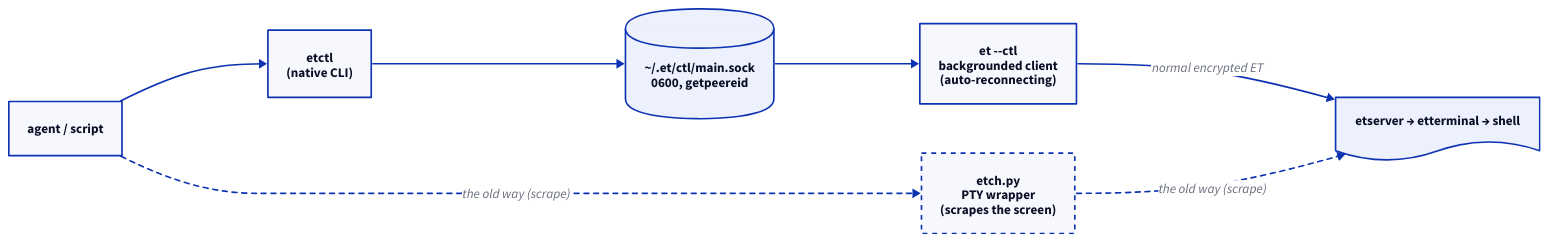
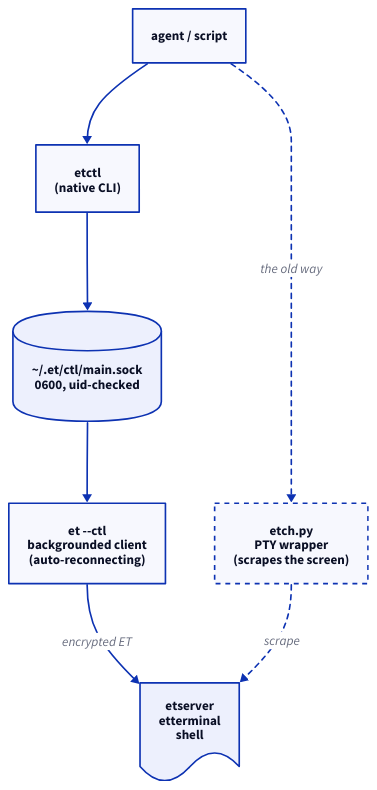
The diagram in src/content/docs/blog/et-phone-home.md (Kronuz/Kronuz.github.io), drawn with D2 before and after one commit. The commit also changed other lines of this file, not shown here.

Commit message:
blog(ET Phone Home): vertical d2 diagram (was too wide to read)

````diff
--- a/src/content/docs/blog/et-phone-home.md
+++ b/src/content/docs/blog/et-phone-home.md
@@ -47,13 +47,16 @@
-```d2 alt="etch wrapped et from outside in a pseudo-terminal and scraped the rendered screen. etctl instead talks to a backgrounded 'et --ctl' client over a local unix socket, reading et's native byte stream; that client maintains the normal encrypted Eternal Terminal session to etserver and the remote shell."
-direction: right
+```d2 alt="The old etch.py wrapped et from outside in a pseudo-terminal and scraped the rendered screen. etctl instead sends input to and reads output from a backgrounded 'et --ctl' client over a local unix socket; that client maintains the normal encrypted Eternal Terminal session down to etserver, etterminal, and the remote shell."
+direction: down
 agent: "agent / script"
+etctl: "etctl\n(native CLI)"
 etch: "etch.py\nPTY wrapper\n(scrapes the screen)" { style.stroke-dash: 3 }
-etctl: "etctl\n(native CLI)"
-sock: "~/.et/ctl/main.sock\n0600, getpeereid" { shape: cylinder }
+sock: "~/.et/ctl/main.sock\n0600, uid-checked" { shape: cylinder }
 daemon: "et --ctl\nbackgrounded client\n(auto-reconnecting)"
-remote: "etserver → etterminal → shell" { shape: document }
+remote: "etserver\netterminal\nshell" { shape: document }
+
 agent -> etctl
-etctl -> sock -> daemon
-daemon -> remote: "normal encrypted ET"
-agent -> etch -> remote: "the old way (scrape)" { style.stroke-dash: 3 }
+agent -> etch: "the old way" { style.stroke-dash: 3 }
+etctl -> sock
+sock -> daemon
+daemon -> remote: "encrypted ET"
+etch -> remote: "scrape" { style.stroke-dash: 3 }
 ```
````
